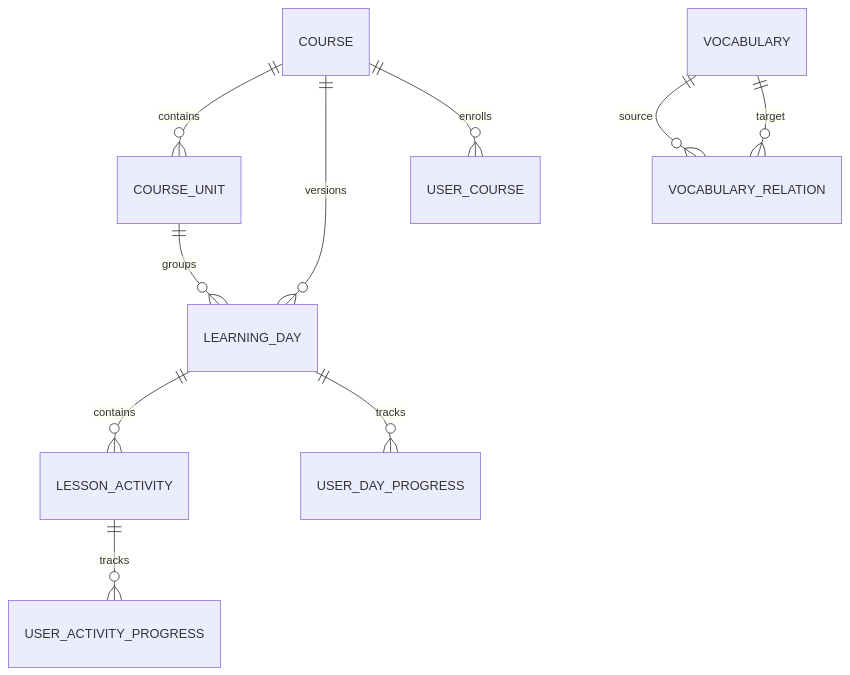
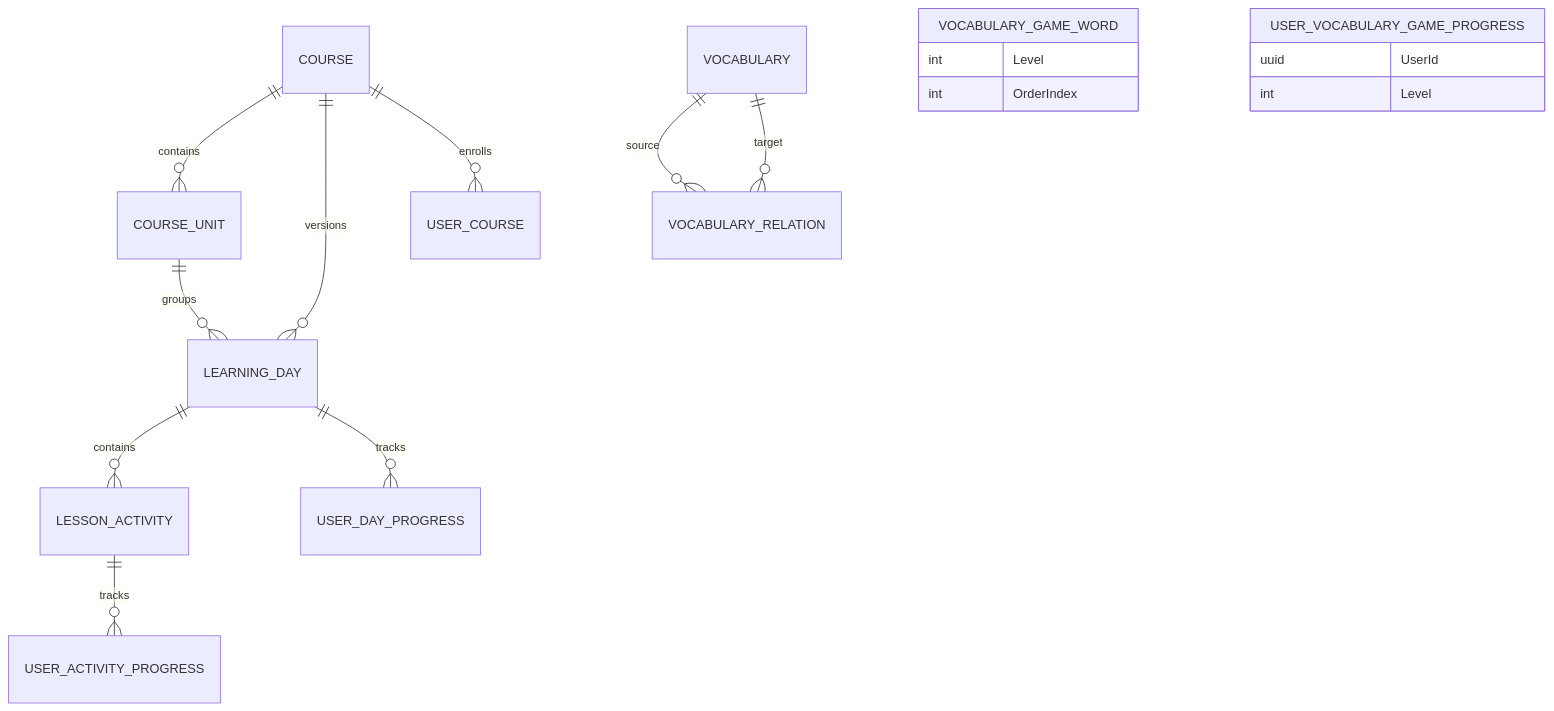
Before and after one commit to nguyentuananh2808/campfire: the second of 3 diagrams in docs/learning-module-map.md, drawn with Mermaid. The commit also changed other lines of this file and 48 other files, not shown here.

Commit message:
feat: add progressive Chinese vocabulary game

````diff
--- a/docs/learning-module-map.md
+++ b/docs/learning-module-map.md
@@ -41,12 +47,20 @@
 ```mermaid
 erDiagram
     COURSE ||--o{ COURSE_UNIT : contains
     COURSE ||--o{ LEARNING_DAY : versions
     COURSE_UNIT ||--o{ LEARNING_DAY : groups
     LEARNING_DAY ||--o{ LESSON_ACTIVITY : contains
     COURSE ||--o{ USER_COURSE : enrolls
     LEARNING_DAY ||--o{ USER_DAY_PROGRESS : tracks
     LESSON_ACTIVITY ||--o{ USER_ACTIVITY_PROGRESS : tracks
     VOCABULARY ||--o{ VOCABULARY_RELATION : source
     VOCABULARY ||--o{ VOCABULARY_RELATION : target
+    VOCABULARY_GAME_WORD {
+        int Level
+        int OrderIndex
+    }
+    USER_VOCABULARY_GAME_PROGRESS {
+        uuid UserId
+        int Level
+    }
 ```
````
